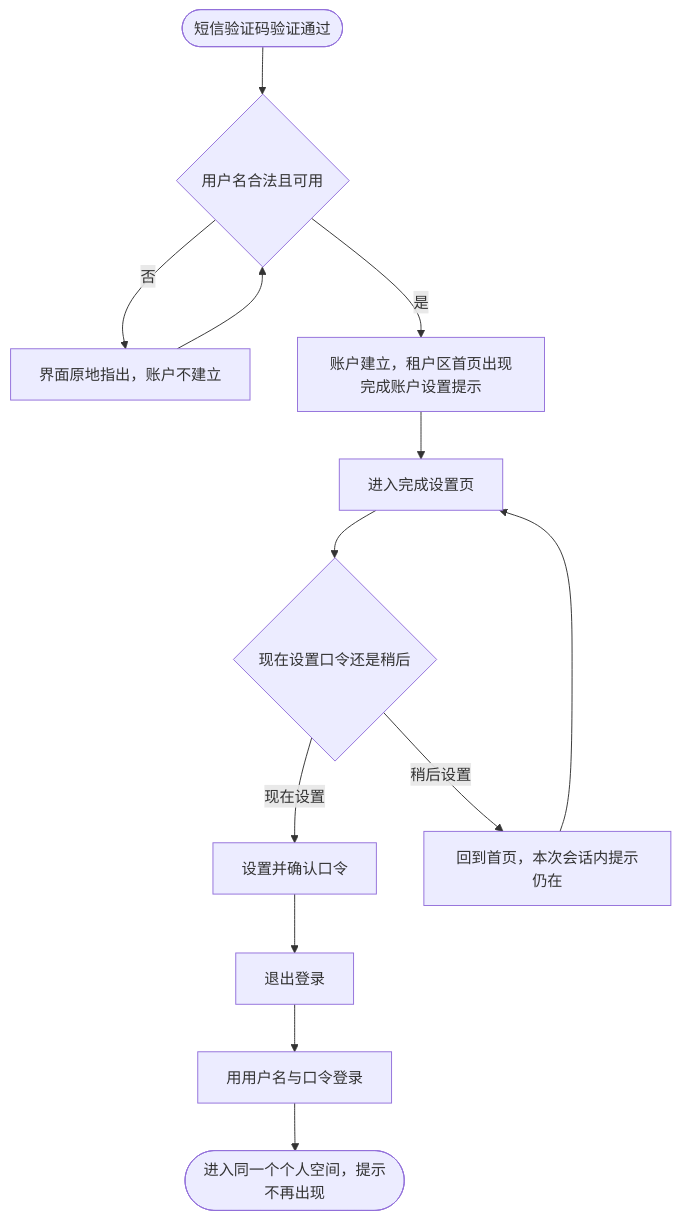
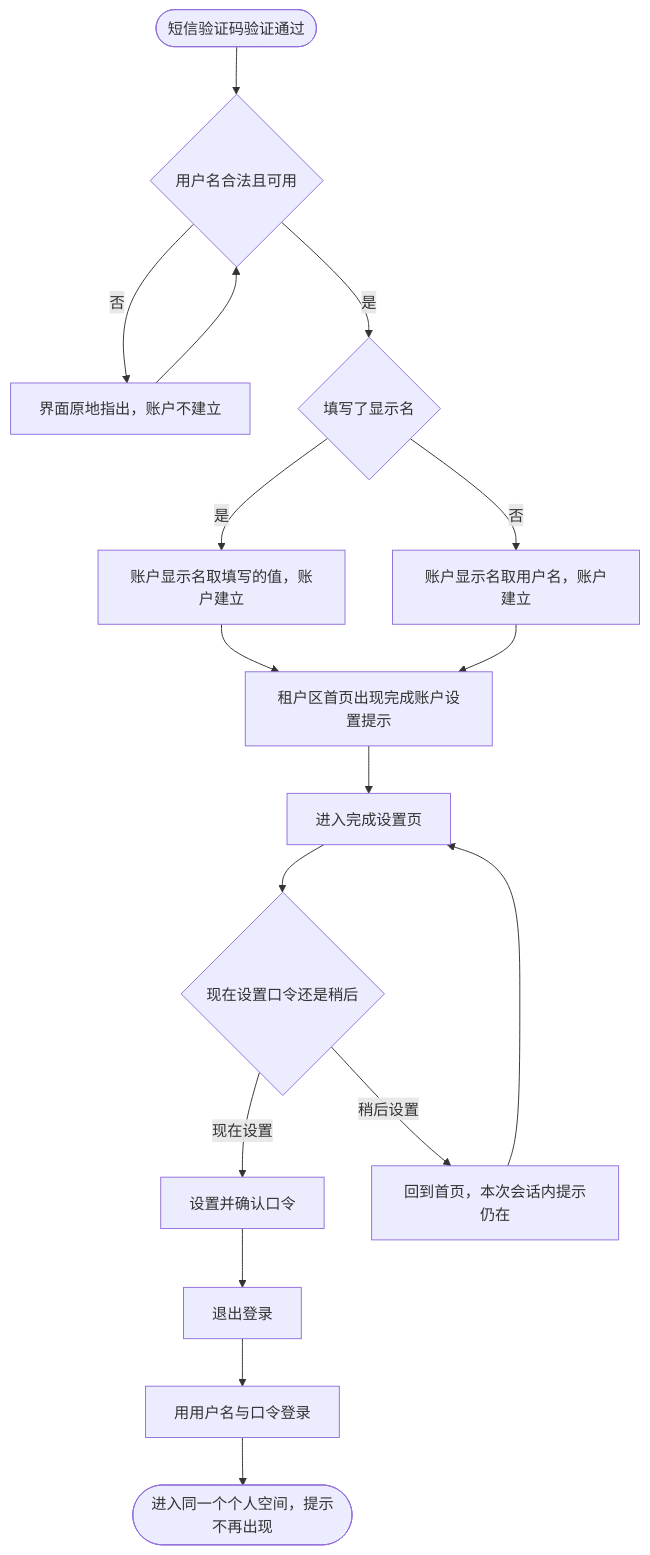
Before and after one commit to wangzw/speed: the diagram in docs/prd/journeys/journey-sms-signup-to-password-login.md, drawn with Mermaid. The commit also changed other lines of this file and 2 other files, not shown here.

Commit message:
docs(prd): record the phone signup display name and its fallback

````diff
--- a/docs/prd/journeys/journey-sms-signup-to-password-login.md
+++ b/docs/prd/journeys/journey-sms-signup-to-password-login.md
@@ -50,15 +52,19 @@
 ```mermaid
 flowchart TD
     A([短信验证码验证通过]) --> U{用户名合法且可用}
     U -->|否| R[界面原地指出，账户不建立]
     R --> U
-    U -->|是| B[账户建立，租户区首页出现完成账户设置提示]
-    B --> C[进入完成设置页]
+    U -->|是| N{填写了显示名}
+    N -->|是| B[账户显示名取填写的值，账户建立]
+    N -->|否| P[账户显示名取用户名，账户建立]
+    B --> Q[租户区首页出现完成账户设置提示]
+    P --> Q
+    Q --> C[进入完成设置页]
     C --> D{现在设置口令还是稍后}
     D -->|现在设置| E[设置并确认口令]
     E --> F[退出登录]
     F --> G[用用户名与口令登录]
     G --> H([进入同一个个人空间，提示不再出现])
     D -->|稍后设置| I[回到首页，本次会话内提示仍在]
     I --> C
 ```
````
